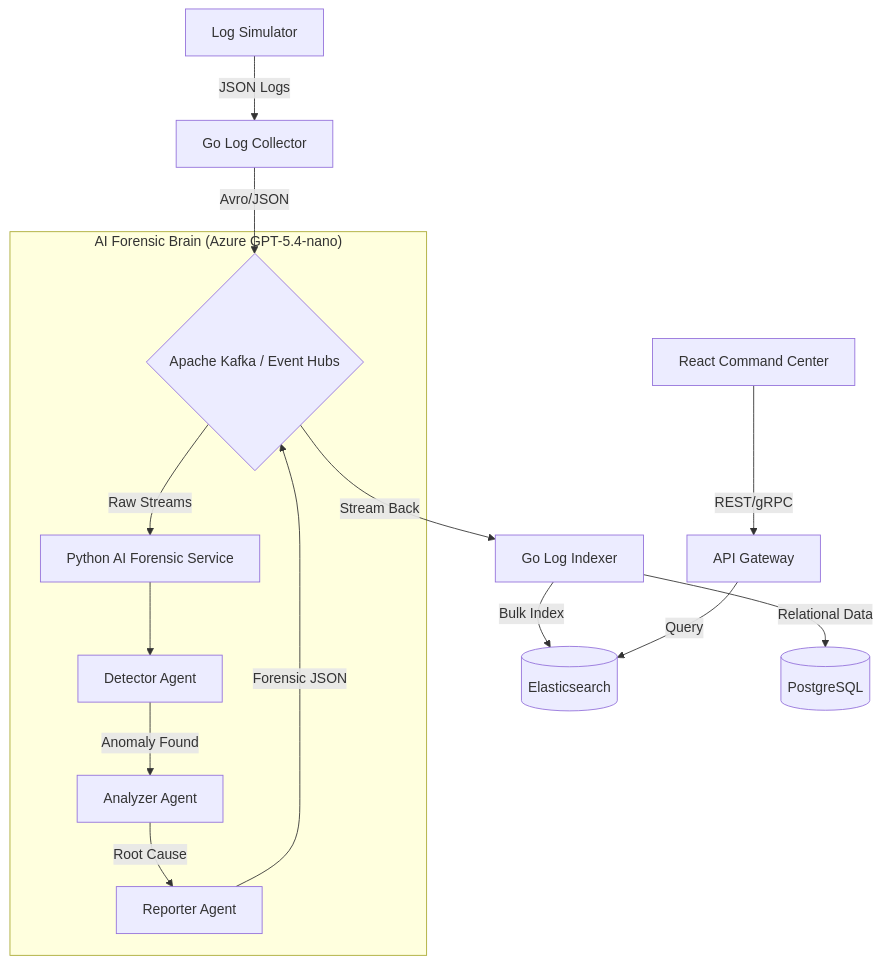
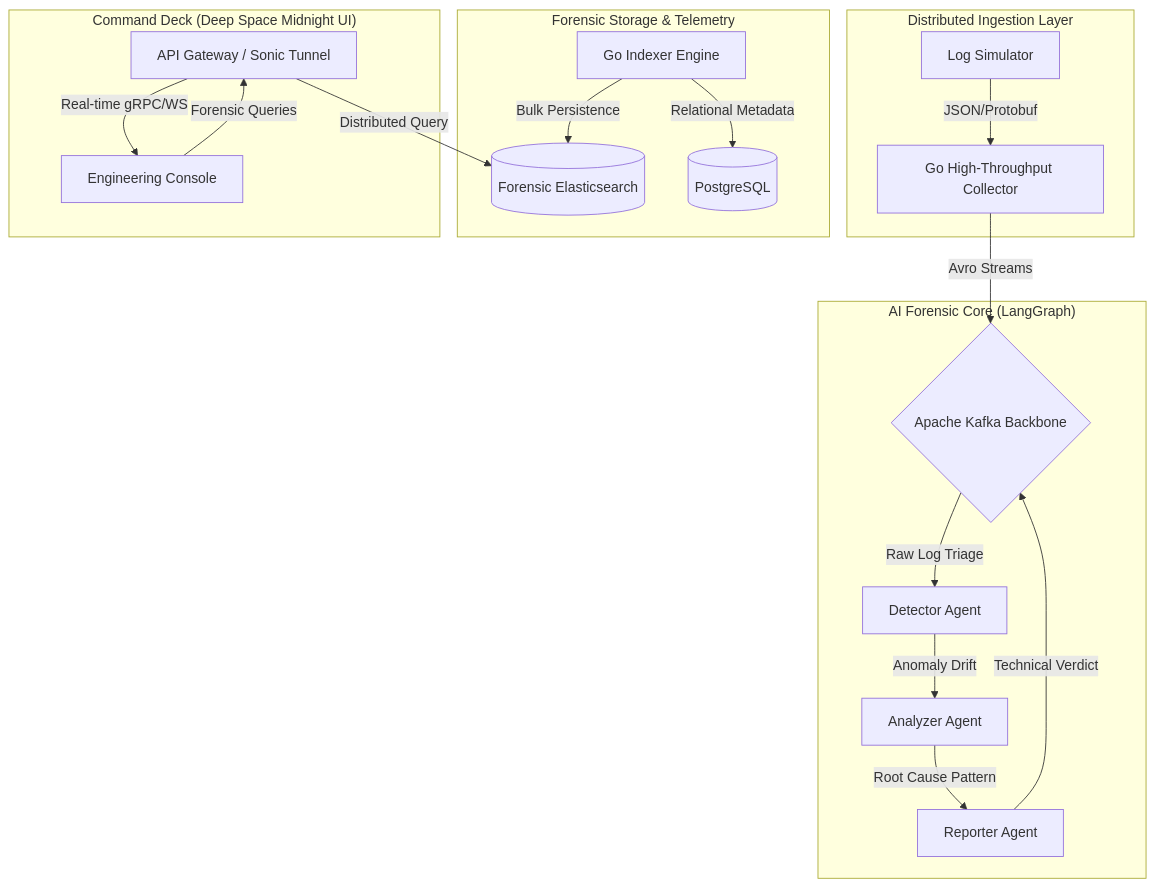
The diagram in README.md (praveenarjun/Real-Time-AI-Log-Analysis-Platform), drawn with Mermaid before and after one commit. The commit also changed other lines of this file and 33 other files, not shown here.

````diff
--- a/README.md
+++ b/README.md
@@ -9,20 +11,26 @@
 ```mermaid
 graph TD
-    SIM[Log Simulator] -->|JSON Logs| COLL[Go Log Collector]
-    COLL -->|Avro/JSON| KAFKA{Apache Kafka / Event Hubs}
-    KAFKA -->|Raw Streams| AI[Python AI Forensic Service]
-    KAFKA -->|Stream Back| IND[Go Log Indexer]
-    
-    subgraph "AI Forensic Brain (Azure GPT-5.4-nano)"
-        AI --> DET[Detector Agent]
-        DET -->|Anomaly Found| ANZ[Analyzer Agent]
-        ANZ -->|Root Cause| REP[Reporter Agent]
-        REP -->|Forensic JSON| KAFKA
+    subgraph "Distributed Ingestion Layer"
+        SIM[Log Simulator] -->|JSON/Protobuf| COLL[Go High-Throughput Collector]
     end
-    
-    IND -->|Bulk Index| ES[(Elasticsearch)]
-    IND -->|Relational Data| PG[(PostgreSQL)]
-    
-    UI[React Command Center] -->|REST/gRPC| GATEWAY[API Gateway]
-    GATEWAY -->|Query| ES
+
+    COLL -->|Avro Streams| KAFKA{Apache Kafka Backbone}
+
+    subgraph "AI Forensic Core (LangGraph)"
+        KAFKA -->|Raw Log Triage| DET[Detector Agent]
+        DET -->|Anomaly Drift| ANZ[Analyzer Agent]
+        ANZ -->|Root Cause Pattern| REP[Reporter Agent]
+        REP -->|Technical Verdict| KAFKA
+    end
+
+    subgraph "Forensic Storage & Telemetry"
+        IND[Go Indexer Engine] -->|Bulk Persistence| ES[(Forensic Elasticsearch)]
+        IND -->|Relational Metadata| PG[(PostgreSQL)]
+    end
+
+    subgraph "Command Deck (Deep Space Midnight UI)"
+        GATEWAY[API Gateway / Sonic Tunnel] -->|Real-time gRPC/WS| UI[Engineering Console]
+        UI -->|Forensic Queries| GATEWAY
+        GATEWAY -->|Distributed Query| ES
+    end
 ```
````
